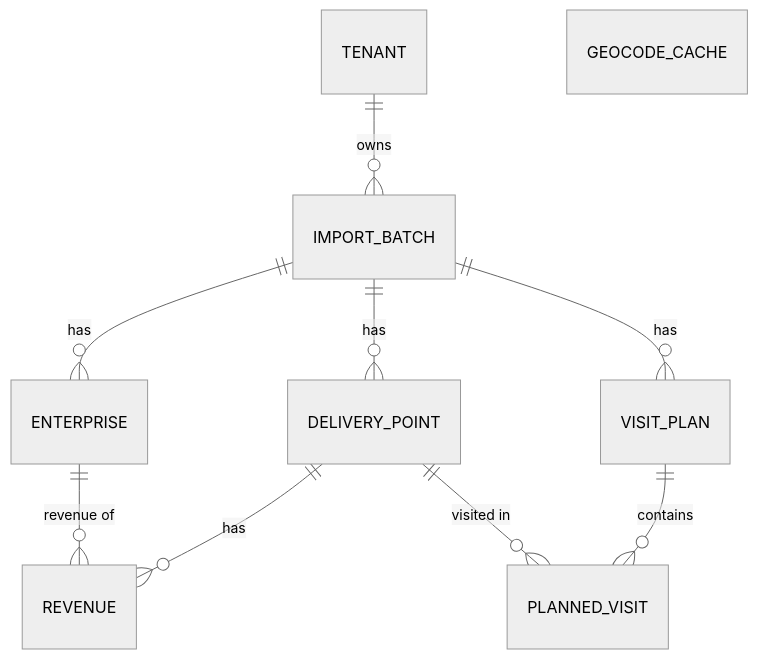
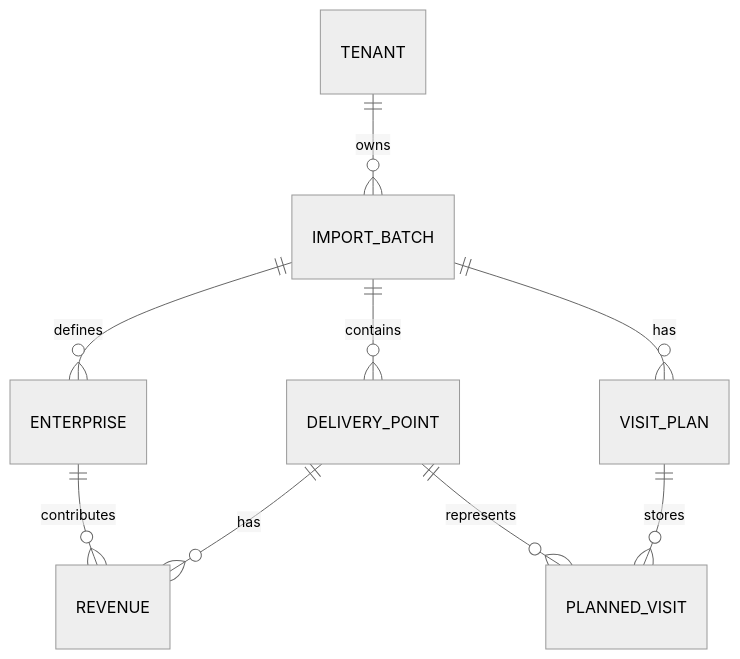
One commit to RiccardoPuccetti/2142227_VisitWise changed the second of 2 diagrams in booklets/architecture/ARCHITECTURE.md. Above: the diagram before and after it, drawn with Mermaid (neutral theme). The commit also changed other lines of this file and 25 other files, not shown here.

````diff
--- a/booklets/architecture/ARCHITECTURE.md
+++ b/booklets/architecture/ARCHITECTURE.md
@@ -62,12 +59,11 @@
 ```mermaid
 erDiagram
   TENANT ||--o{ IMPORT_BATCH : owns
-  IMPORT_BATCH ||--o{ ENTERPRISE : has
-  IMPORT_BATCH ||--o{ DELIVERY_POINT : has
+  IMPORT_BATCH ||--o{ ENTERPRISE : defines
+  IMPORT_BATCH ||--o{ DELIVERY_POINT : contains
+  ENTERPRISE ||--o{ REVENUE : contributes
   DELIVERY_POINT ||--o{ REVENUE : has
-  ENTERPRISE ||--o{ REVENUE : "revenue of"
   IMPORT_BATCH ||--o{ VISIT_PLAN : has
-  VISIT_PLAN ||--o{ PLANNED_VISIT : contains
-  DELIVERY_POINT ||--o{ PLANNED_VISIT : "visited in"
-  GEOCODE_CACHE
+  VISIT_PLAN ||--o{ PLANNED_VISIT : stores
+  DELIVERY_POINT ||--o{ PLANNED_VISIT : represents
 ```
````
